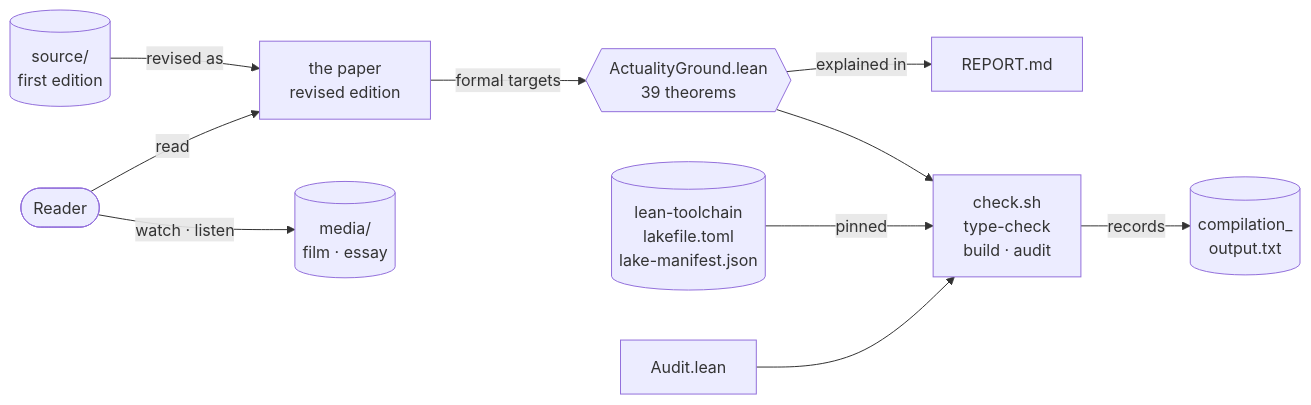
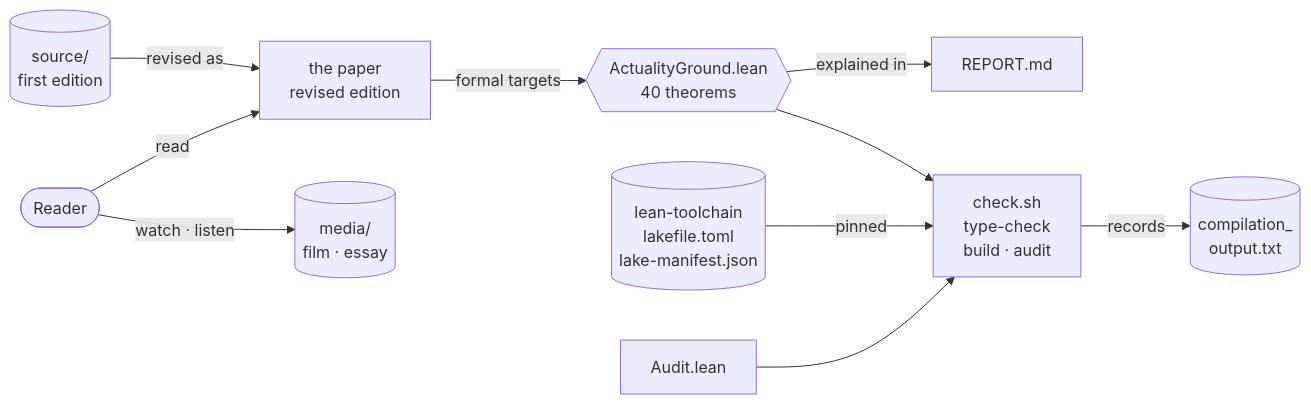
The fourth of 6 diagrams in README.md (ekoshv/actuality-and-necessary-ground-lean4), drawn with Mermaid before and after one commit. The commit also changed other lines of this file and 11 other files, not shown here.

````diff
--- a/README.md
+++ b/README.md
@@ -270,12 +287,12 @@
 ```mermaid
 flowchart LR
     Reader([Reader]) -->|"watch · listen"| Media[("media/<br/>film · essay")]
     Reader -->|read| Paper["the paper<br/>revised edition"]
     Orig[("source/<br/>first edition")] -->|"revised as"| Paper
-    Paper -->|"formal targets"| Lean{{"ActualityGround.lean<br/>39 theorems"}}
+    Paper -->|"formal targets"| Lean{{"ActualityGround.lean<br/>40 theorems"}}
     Lean --> Check["check.sh<br/>type-check<br/>build · audit"]
     Pins[("lean-toolchain<br/>lakefile.toml<br/>lake-manifest.json")] -->|pinned| Check
     Audit["Audit.lean"] --> Check
     Check -->|records| Log[("compilation_<br/>output.txt")]
     Lean -->|"explained in"| Report["REPORT.md"]
 ```
````
